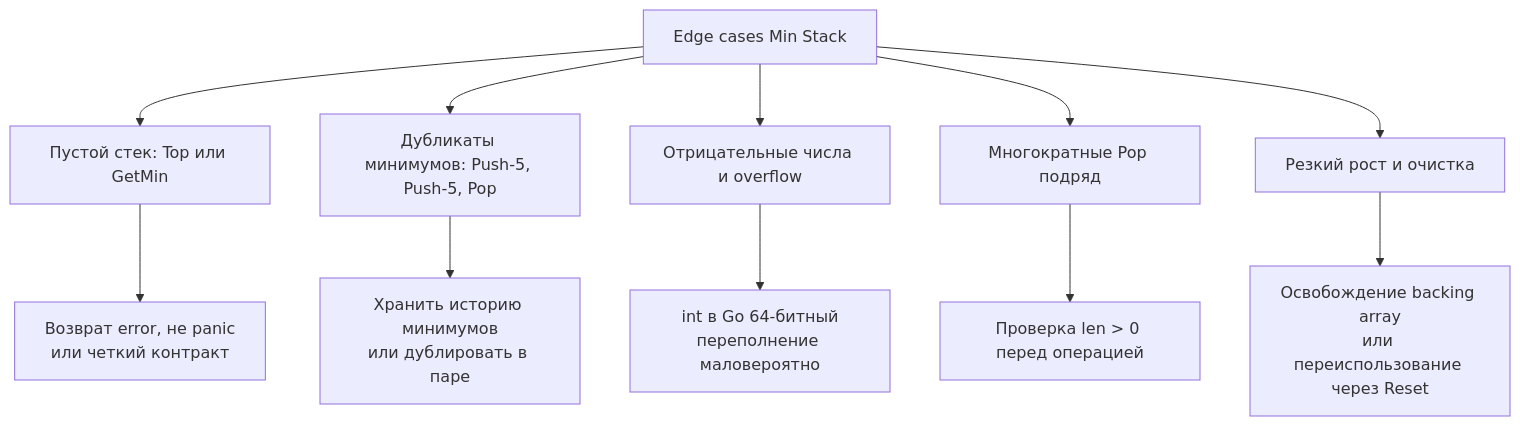
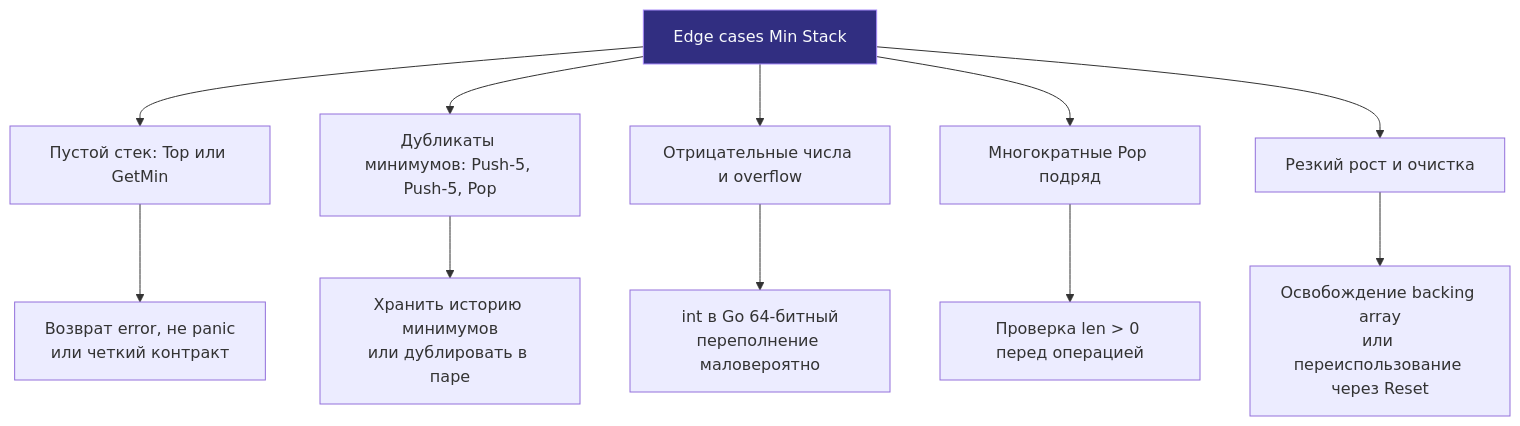
One commit to UnrealTemplier/go-textbook changed the second of 2 diagrams in sources/21. Задачи с LeetCode и собеседований на Go/02. Задачи/26. Design задачи и структуры данных/7. Min Stack.md. Above: the diagram before and after it, drawn with Mermaid. The commit also changed other lines of this file and 1666 other files, not shown here.

First line of the commit message:
feat(mermaid): add semantic color classDef to 1369 colorless flowchart/graph diagrams

````diff
--- a/sources/21. Задачи с LeetCode и собеседований на Go/02. Задачи/26. Design задачи и структуры данных/7. Min Stack.md
+++ b/sources/21. Задачи с LeetCode и собеседований на Go/02. Задачи/26. Design задачи и структуры данных/7. Min Stack.md
@@ -131,14 +141,24 @@
 ```mermaid
 flowchart TD
-  A["Edge cases Min Stack"] --> B["Пустой стек: Top или GetMin"]
+    classDef process  fill:#1e293b,stroke:#38bdf8,stroke-width:1px,color:#f8fafc
+    classDef success  fill:#064e3b,stroke:#34d399,stroke-width:1px,color:#f8fafc
+    classDef error    fill:#7f1d1d,stroke:#f87171,stroke-width:1px,color:#f8fafc
+    classDef warning  fill:#78350f,stroke:#fbbf24,stroke-width:1px,color:#f8fafc
+    classDef entry    fill:#1e3a5f,stroke:#38bdf8,stroke-width:2px,color:#f8fafc
+    classDef aux      fill:#334155,stroke:#64748b,stroke-width:1px,color:#f8fafc
+    classDef system   fill:#312e81,stroke:#a78bfa,stroke-width:1px,color:#f8fafc
+    classDef data     fill:#132d29,stroke:#2dd4bf,stroke-width:1px,color:#f8fafc
+    classDef network  fill:#881337,stroke:#fb7185,stroke-width:1px,color:#f8fafc
+    classDef accent   fill:#1e1b4b,stroke:#818cf8,stroke-width:1px,color:#f8fafc
+  A["Edge cases Min Stack"]:::system --> B["Пустой стек: Top или GetMin"]
   A --> C["Дубликаты минимумов: Push-5, Push-5, Pop"]
   A --> D["Отрицательные числа и overflow"]
   A --> E["Многократные Pop подряд"]
   A --> F["Резкий рост и очистка"]
   
   B --> G["Возврат error, не panic<br>или четкий контракт"]
   C --> H["Хранить историю минимумов<br>или дублировать в паре"]
   D --> I["int в Go 64-битный<br>переполнение маловероятно"]
   E --> J["Проверка len > 0 перед операцией"]
   F --> K["Освобождение backing array<br>или переиспользование через Reset"]
 ```
````
